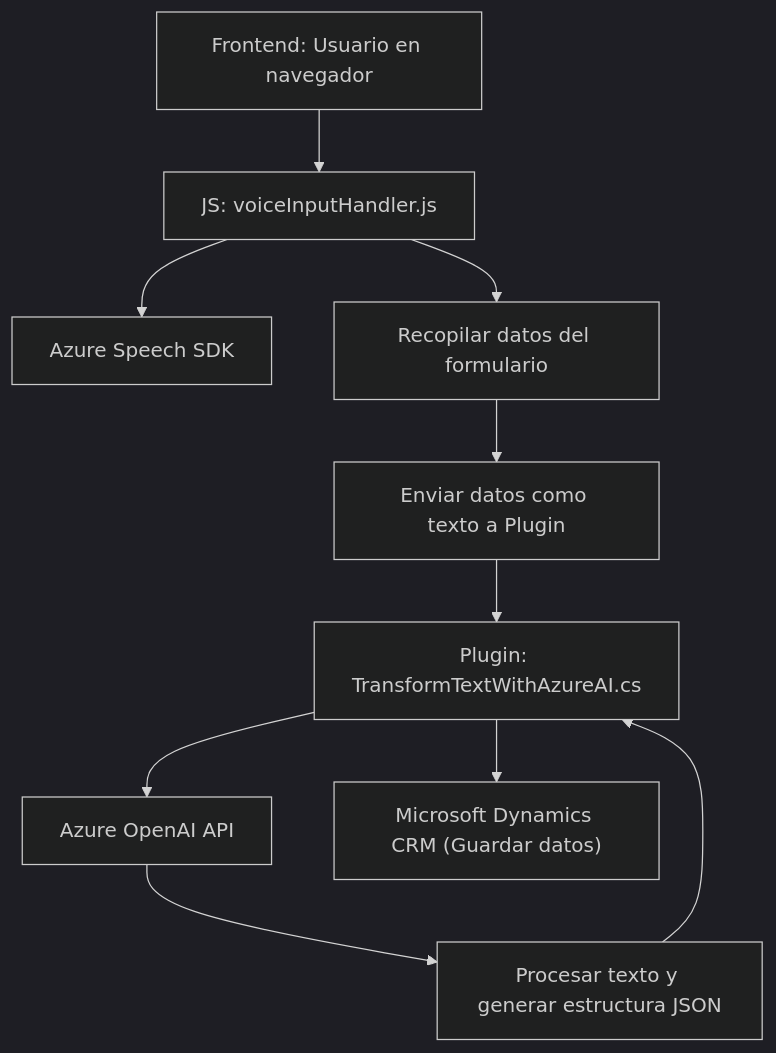
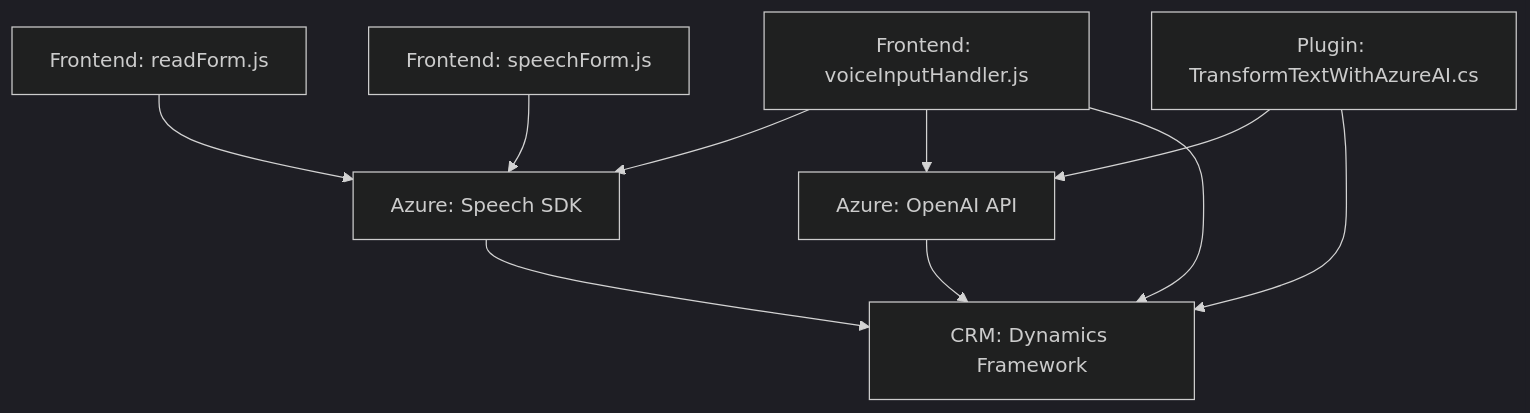
Before and after one commit to blopezdm/NETCORE_BILBAO2025: the diagram in README.md, drawn with Mermaid (dark theme). The commit also changed other lines of this file, not shown here.

````diff
--- a/README.md
+++ b/README.md
@@ -43,12 +38,20 @@
 ```mermaid
 graph TD
-    A["Frontend: Usuario en navegador"] --> B["JS: voiceInputHandler.js"]
-    B --> C["Azure Speech SDK"]
-    B --> D["Recopilar datos del formulario"]
-    D --> E["Enviar datos como texto a Plugin"]
-    E --> F["Plugin: TransformTextWithAzureAI.cs"]
-    F --> G["Azure OpenAI API"]
-    G --> H["Procesar texto y generar estructura JSON"]
-    H --> F
-    F --> I["Microsoft Dynamics CRM (Guardar datos)"]
+    A["Frontend: readForm.js"]
+    B["Frontend: speechForm.js"]
+    C["Frontend: voiceInputHandler.js"]
+    D["Plugin: TransformTextWithAzureAI.cs"]
+    E["CRM: Dynamics Framework"]
+    F["Azure: Speech SDK"]
+    G["Azure: OpenAI API"]
+
+    A --> F
+    B --> F
+    C --> F
+    C --> G
+    C --> E
+    D --> G
+    D --> E
+    F --> E
+    G --> E
 ```
````
